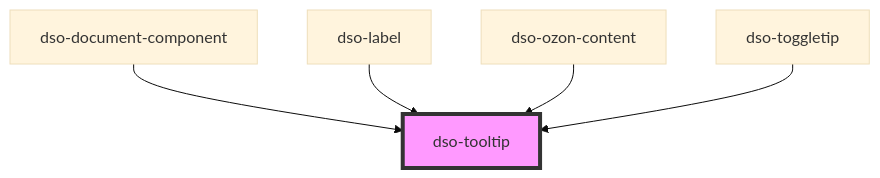
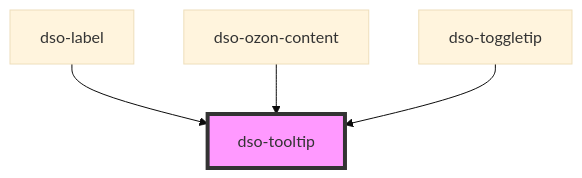
Before and after one commit to dso-toolkit/dso-toolkit: the diagram in packages/core/src/components/tooltip/readme.md, drawn with Mermaid (base theme). The commit also changed other lines of this file and 37 other files, not shown here.

````diff
--- a/packages/core/src/components/tooltip/readme.md
+++ b/packages/core/src/components/tooltip/readme.md
@@ -58,8 +57,7 @@
 ```mermaid
 graph TD;
-  dso-document-component --> dso-tooltip
   dso-label --> dso-tooltip
   dso-ozon-content --> dso-tooltip
   dso-toggletip --> dso-tooltip
   style dso-tooltip fill:#f9f,stroke:#333,stroke-width:4px
 ```
````
